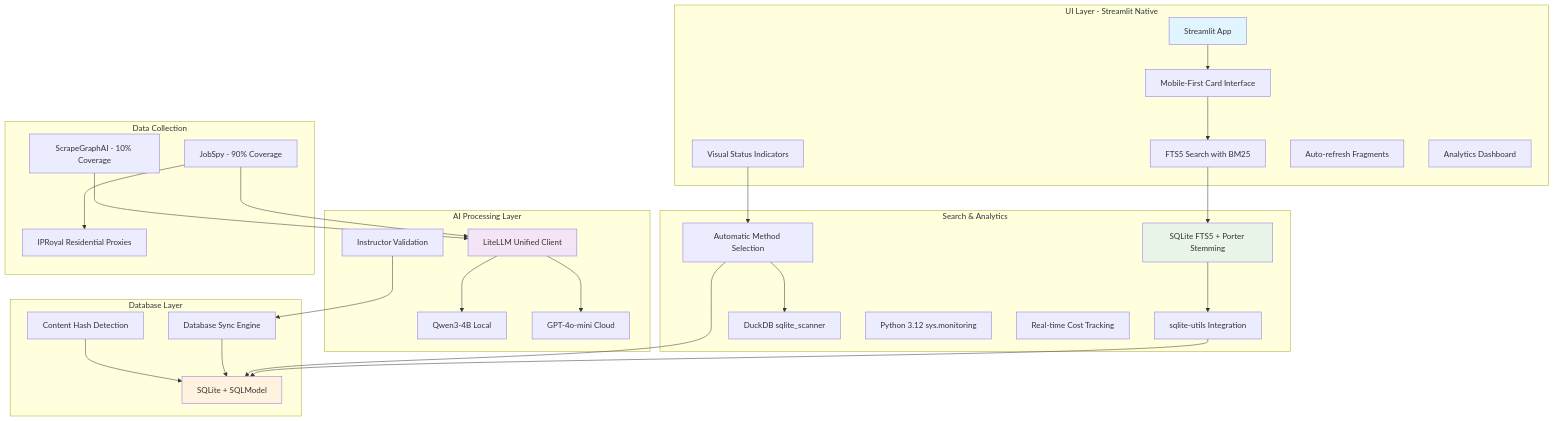
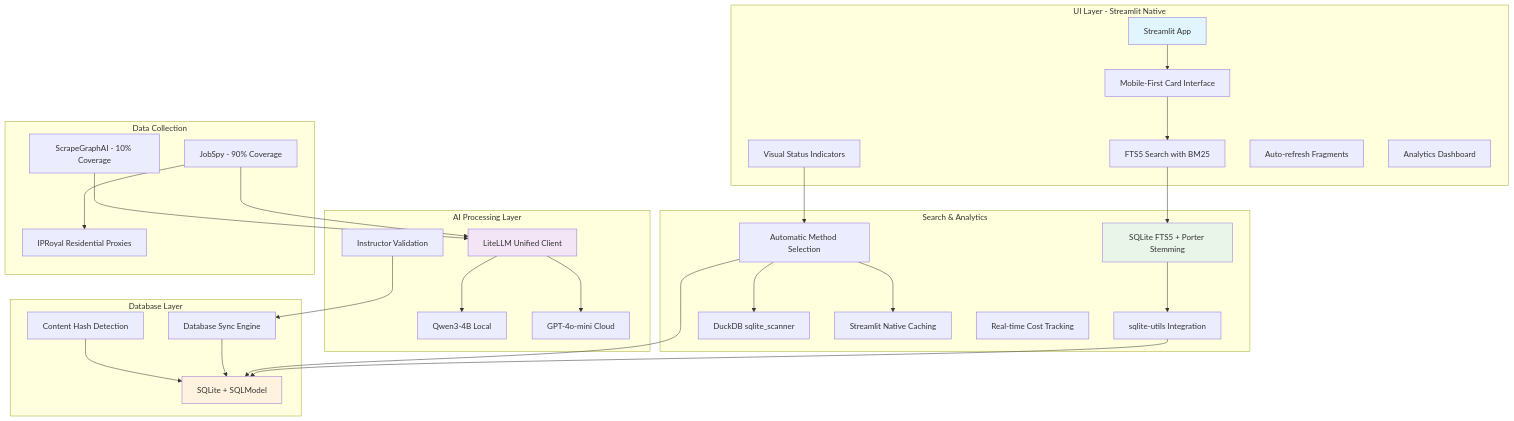
One commit to BjornMelin/ai-job-scraper changed the diagram in README.md. Above: the diagram before and after it, drawn with Mermaid. The commit also changed other lines of this file and 12 other files, not shown here.

First line of the commit message:
feat(docs): update README and PRD for DuckDB analytics and cost monitoring

````diff
--- a/README.md
+++ b/README.md
@@ -61,66 +61,67 @@
 ```mermaid
 graph TD
     subgraph "UI Layer - Streamlit Native"
         UI_APP[Streamlit App]
         UI_CARDS[Mobile-First Card Interface]
         UI_SEARCH[FTS5 Search with BM25]
         UI_STATUS[Visual Status Indicators]
         UI_FRAGMENTS[Auto-refresh Fragments]
         UI_ANALYTICS[Analytics Dashboard]
     end
     
     subgraph "Search & Analytics"
         SEARCH_FTS5[SQLite FTS5 + Porter Stemming]
         SEARCH_UTILS[sqlite-utils Integration]
         ANALYTICS_SMART[Automatic Method Selection]
         ANALYTICS_DUCK[DuckDB sqlite_scanner]
-        ANALYTICS_MONITOR[Python 3.12 sys.monitoring]
+        ANALYTICS_CACHE[Streamlit Native Caching]
         ANALYTICS_COST[Real-time Cost Tracking]
     end
     
     subgraph "AI Processing Layer"
         AI_LITELLM[LiteLLM Unified Client]
         AI_LOCAL[Qwen3-4B Local]
         AI_CLOUD[GPT-4o-mini Cloud]
         AI_INSTRUCTOR[Instructor Validation]
     end
     
     subgraph "Data Collection"
         SCRAPE_JOBSPY[JobSpy - 90% Coverage]
         SCRAPE_AI[ScrapeGraphAI - 10% Coverage]
         PROXY_IPROYAL[IPRoyal Residential Proxies]
     end
     
     subgraph "Database Layer"
         DB_SQLITE[SQLite + SQLModel]
         DB_SYNC[Database Sync Engine]
         DB_CACHE[Content Hash Detection]
     end
     
     UI_APP --> UI_CARDS
     UI_CARDS --> UI_SEARCH
     UI_SEARCH --> SEARCH_FTS5
     UI_STATUS --> ANALYTICS_SMART
+    ANALYTICS_SMART --> ANALYTICS_CACHE
     
     SEARCH_FTS5 --> SEARCH_UTILS
     SEARCH_UTILS --> DB_SQLITE
     
     ANALYTICS_SMART --> DB_SQLITE
     ANALYTICS_SMART --> ANALYTICS_DUCK
     
     SCRAPE_JOBSPY --> AI_LITELLM
     SCRAPE_AI --> AI_LITELLM
     AI_LITELLM --> AI_LOCAL
     AI_LITELLM --> AI_CLOUD
     AI_INSTRUCTOR --> DB_SYNC
     
     DB_SYNC --> DB_SQLITE
     DB_CACHE --> DB_SQLITE
     
     SCRAPE_JOBSPY --> PROXY_IPROYAL
     
     style UI_APP fill:#e1f5fe
     style SEARCH_FTS5 fill:#e8f5e8
     style AI_LITELLM fill:#f3e5f5
     style DB_SQLITE fill:#fff3e0
 ```
````
